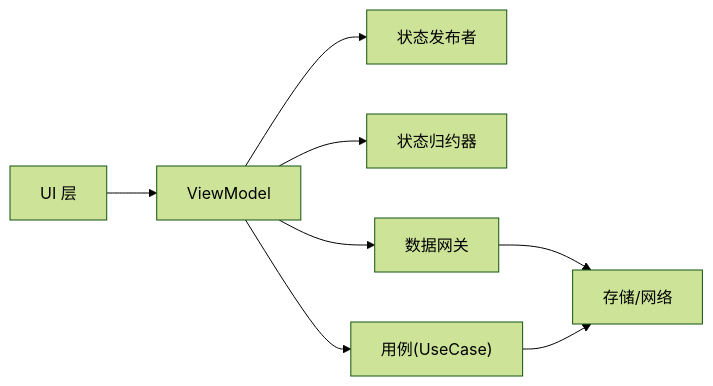
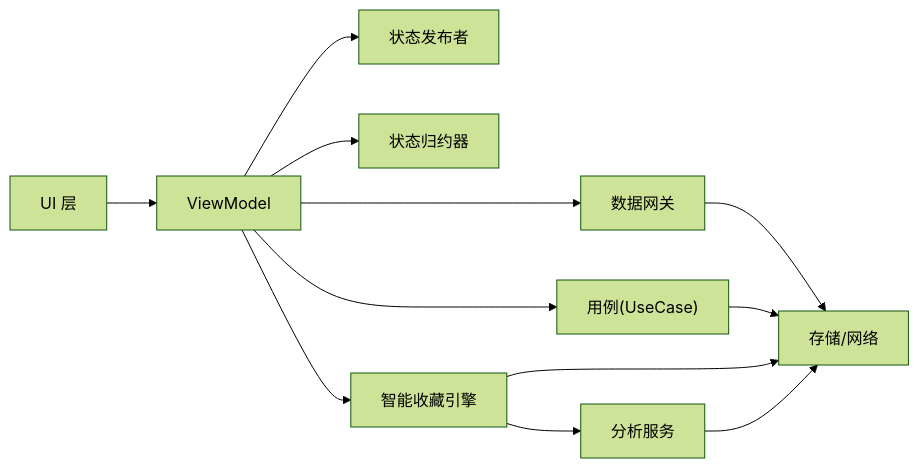
The tenth of 11 diagrams in .qoder/repowiki/zh/content/架构设计/模块化设计/功能特性模块/音乐库界面模块 (feature_library-ui).md (ysyhlly/Yukine-android), drawn with Mermaid (forest theme) before and after one commit. The commit also changed other lines of this file and 158 other files, not shown here.

````diff
--- a/.qoder/repowiki/zh/content/架构设计/模块化设计/功能特性模块/音乐库界面模块 (feature_library-ui).md
+++ b/.qoder/repowiki/zh/content/架构设计/模块化设计/功能特性模块/音乐库界面模块 (feature_library-ui).md
@@ -350,10 +403,14 @@
 ```mermaid
 graph LR
 UI["UI 层"] --> VM["ViewModel"]
 VM --> Pub["状态发布者"]
 VM --> Reducer["状态归约器"]
 VM --> GW["数据网关"]
 VM --> UC["用例(UseCase)"]
+VM --> SmartEngine["智能收藏引擎"]
 GW --> Store["存储/网络"]
 UC --> Store
+SmartEngine --> Store
+SmartEngine --> Analysis["分析服务"]
+Analysis --> Store
 ```
````
